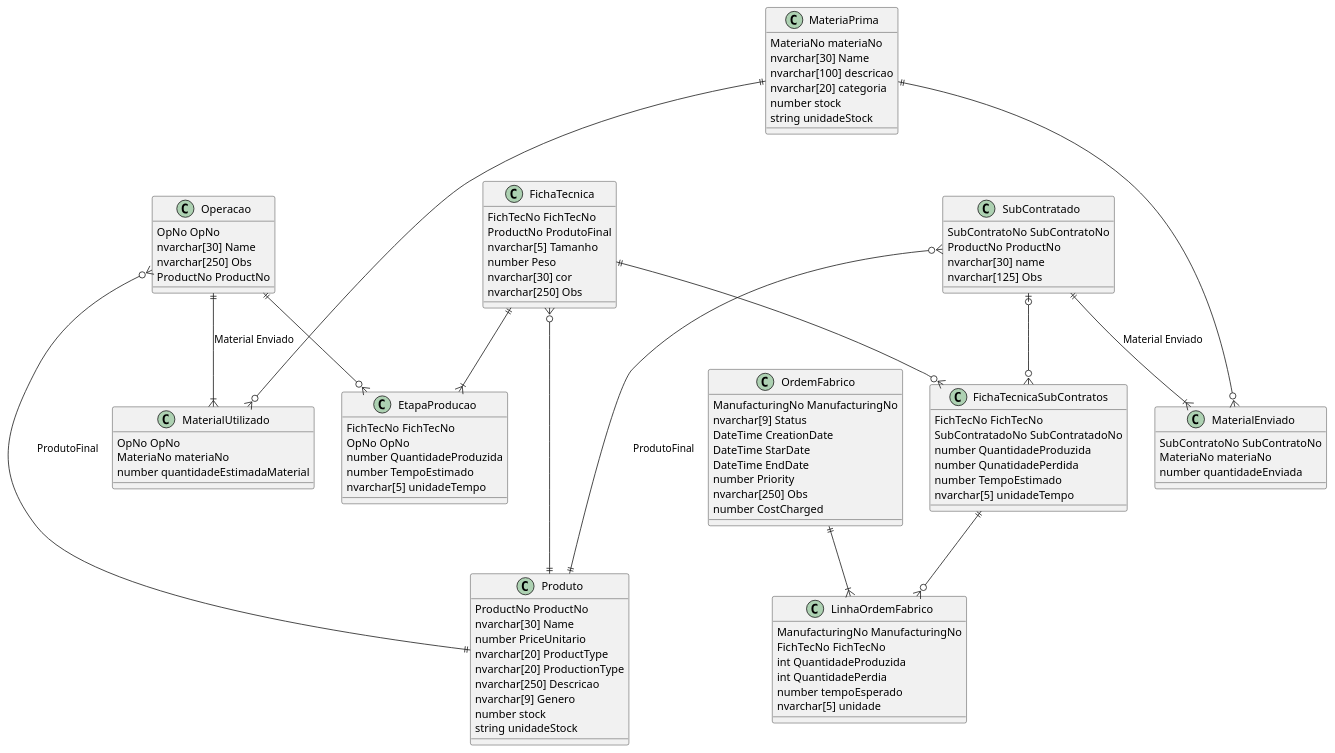
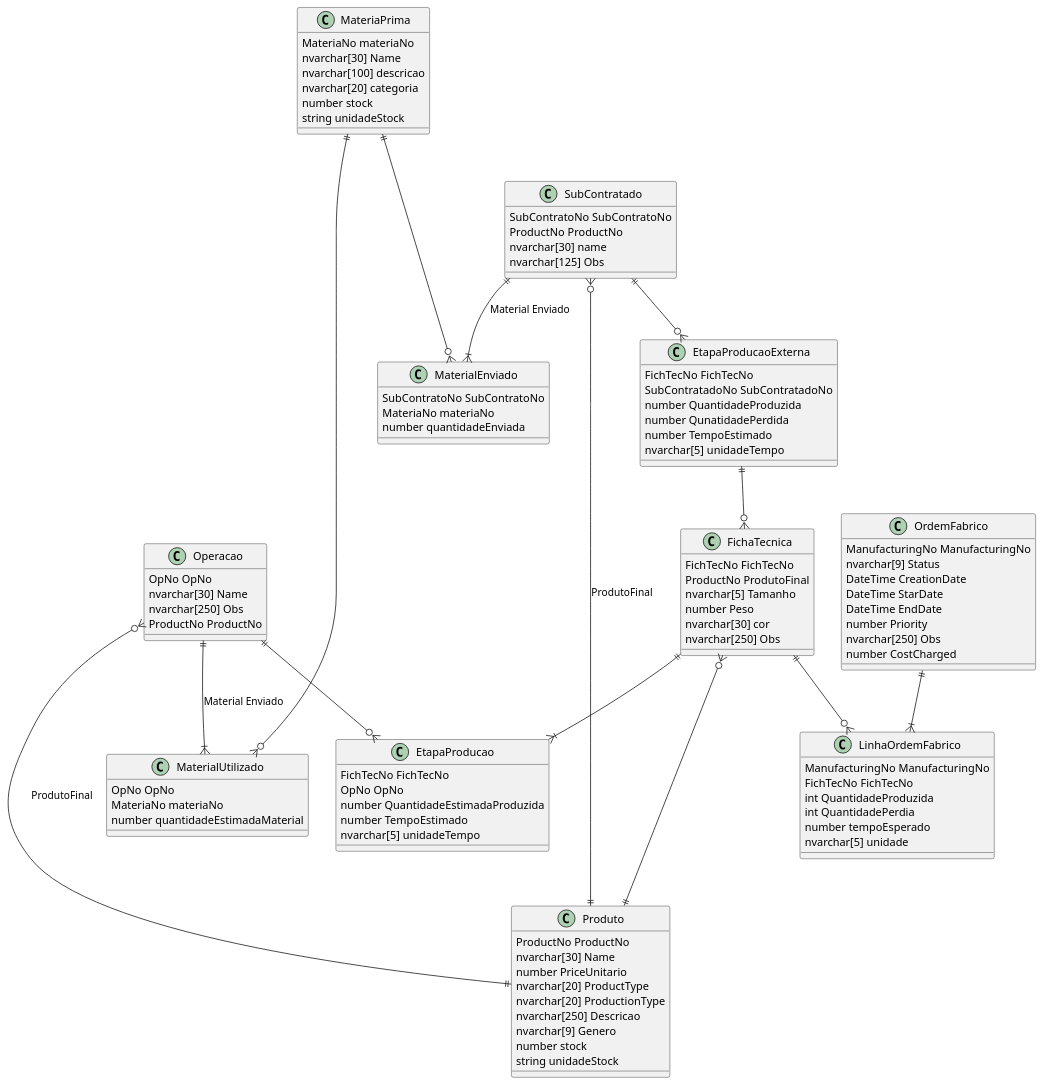
One commit to Arturito2005/TrabalhoBD changed the diagram in DesenhoLogico/Normalizacao/Final/NormalizacaoPorAprovrar.plantuml. Above: the diagram before and after it, drawn with PlantUML. The commit also changed 13 other files, not shown here.

```diff
--- a/DesenhoLogico/Normalizacao/Final/NormalizacaoPorAprovrar.plantuml
+++ b/DesenhoLogico/Normalizacao/Final/NormalizacaoPorAprovrar.plantuml
@@ -1,126 +1,126 @@
 @startuml Normalizacao
 
 class Produto {
     ProductNo ProductNo
     nvarchar[30] Name 
     number PriceUnitario 
     nvarchar[20] ProductType
     nvarchar[20] ProductionType
     nvarchar[250] Descricao
     nvarchar[9] Genero
     number stock 
     string unidadeStock
 }
 
 class MateriaPrima {
     MateriaNo materiaNo
     nvarchar[30] Name 
     nvarchar[100] descricao
     nvarchar[20] categoria
     number stock 
     string unidadeStock
 }
 
 class Operacao {
     OpNo OpNo
     nvarchar[30] Name 
     nvarchar[250] Obs
     ProductNo ProductNo 
 }
 
 class MaterialUtilizado {
     OpNo OpNo 
     MateriaNo materiaNo
     number quantidadeEstimadaMaterial
 }
 
 class SubContratado {
     SubContratoNo SubContratoNo
     ProductNo ProductNo 
     nvarchar[30] name
     nvarchar[125] Obs
 }
 
 class MaterialEnviado {
     SubContratoNo SubContratoNo 
     MateriaNo materiaNo
     number quantidadeEnviada
 }
 
 class FichaTecnica {
     FichTecNo FichTecNo
     ProductNo ProdutoFinal
     nvarchar[5] Tamanho
     number Peso
     nvarchar[30] cor
     nvarchar[250] Obs
 } 
 
 class EtapaProducao {
     FichTecNo FichTecNo
     OpNo OpNo
-    number QuantidadeProduzida  
+    number QuantidadeEstimadaProduzida  
     number TempoEstimado 
     nvarchar[5] unidadeTempo
 }
 
 class OrdemFabrico {
     ManufacturingNo ManufacturingNo
     nvarchar[9] Status 
     DateTime CreationDate
     DateTime StarDate
     DateTime EndDate
     number Priority
     nvarchar[250] Obs
     number CostCharged
 }
 
 class LinhaOrdemFabrico {
     ManufacturingNo ManufacturingNo
     FichTecNo FichTecNo
     int QuantidadeProduzida
     int QuantidadePerdia
     number tempoEsperado
     nvarchar[5] unidade
 }
 
-class FichaTecnicaSubContratos {
+class EtapaProducaoExterna {
     FichTecNo FichTecNo
     SubContratadoNo SubContratadoNo
     number QuantidadeProduzida
     number QunatidadePerdida
     number TempoEstimado 
     nvarchar[5] unidadeTempo
 }
 
 /'
 Relacionamento da FichaTecnica
 '/
 FichaTecnica }o---|| Produto
 FichaTecnica ||--|{ EtapaProducao
 Operacao ||--o{ EtapaProducao
 
 /'
 Relacionamento Operacao
 '/
 Operacao }o---|| Produto: ProdutoFinal
 Operacao ||--|{ MaterialUtilizado: Material Enviado
 MateriaPrima ||---o{ MaterialUtilizado
 
 /'Relacionamento SubContrato'/
 SubContratado }o---|| Produto: ProdutoFinal
 SubContratado ||--|{ MaterialEnviado: Material Enviado
 MateriaPrima ||---o{ MaterialEnviado
 
 
 /'
 Relacionamento OrdemFabrico
 '/
 OrdemFabrico ||--|{ LinhaOrdemFabrico
 
-FichaTecnicaSubContratos ||--o{ LinhaOrdemFabrico
-FichaTecnica ||--o{ FichaTecnicaSubContratos
+EtapaProducaoExterna ||--o{ FichaTecnica
+FichaTecnica ||--o{ LinhaOrdemFabrico
 
-SubContratado |o--o{ FichaTecnicaSubContratos
+SubContratado ||--o{ EtapaProducaoExterna
 
 @end
```
